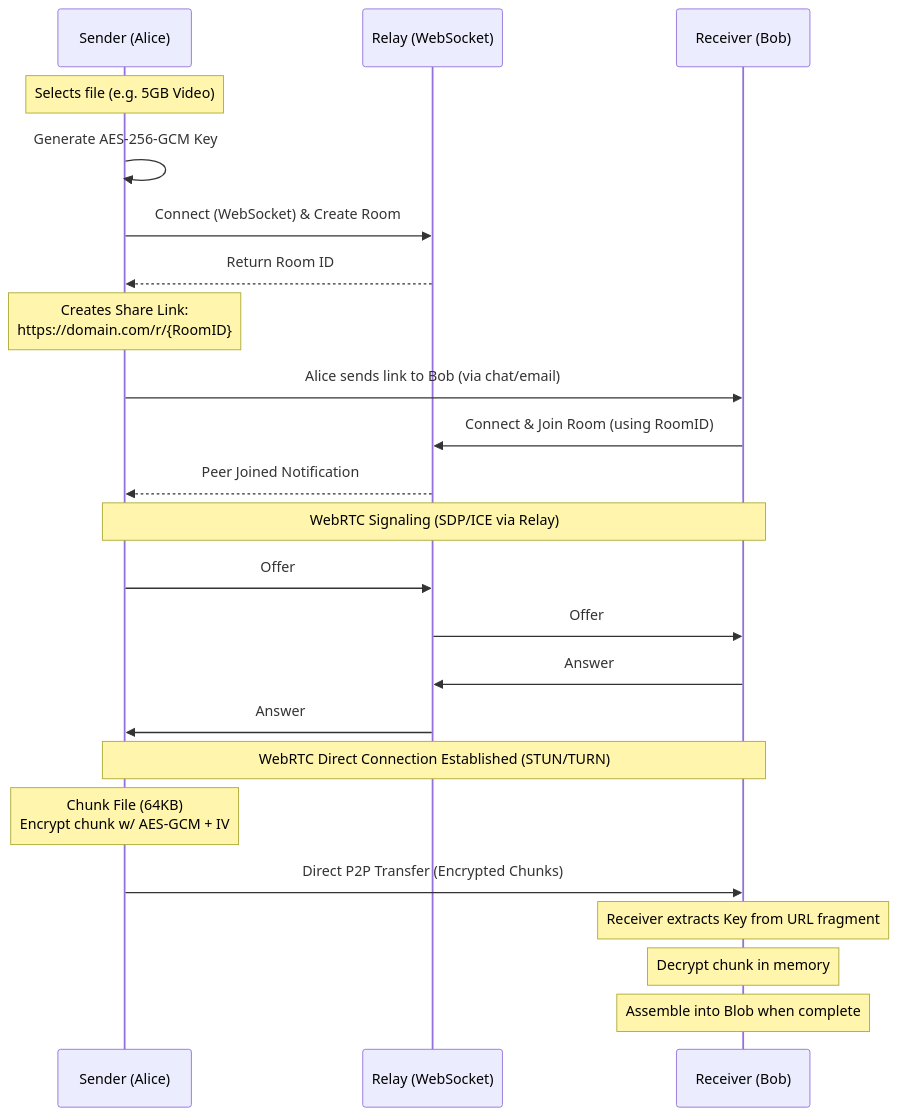
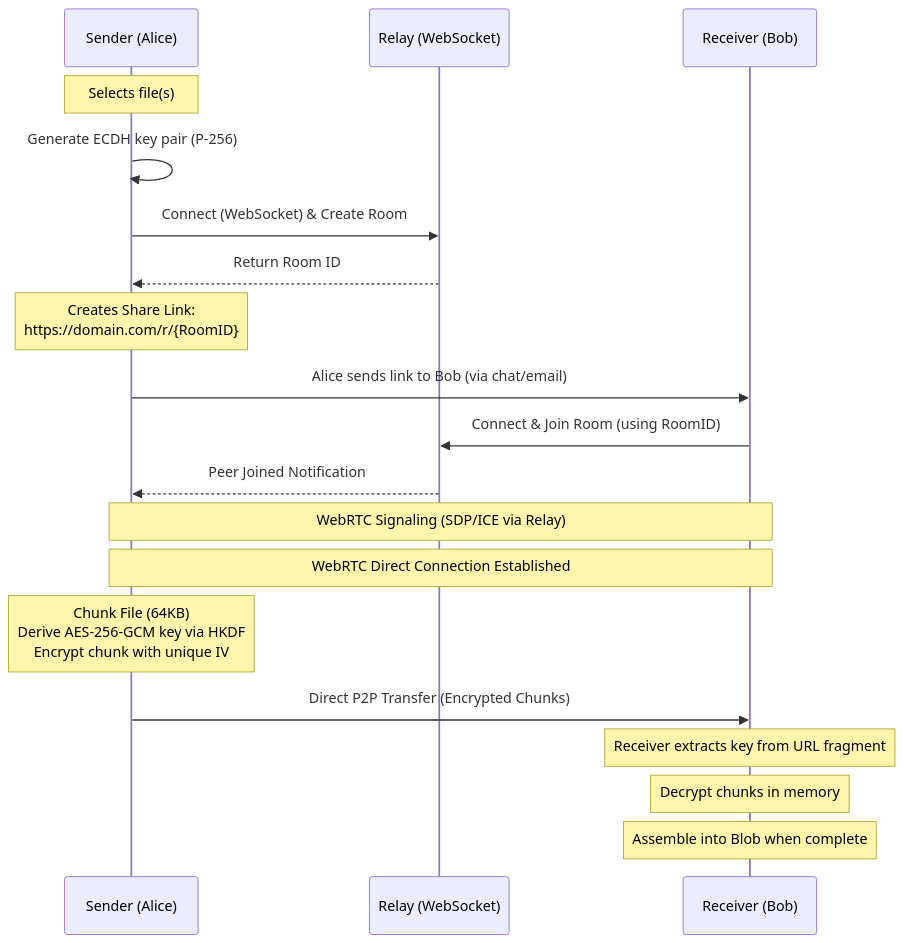
One commit to itsoumya-d/peervault changed the diagram in README.md. Above: the diagram before and after it, drawn with Mermaid. The commit also changed other lines of this file, not shown here.

Commit message:
docs: fix badges, correct PQ crypto (ECDH not ML-KEM), NAT limitations, remove fake npm install

````diff
--- a/README.md
+++ b/README.md
@@ -43,32 +68,26 @@
 ```mermaid
 sequenceDiagram
     participant S as Sender (Alice)
     participant R as Relay (WebSocket)
     participant C as Receiver (Bob)
-    
-    Note over S: Selects file (e.g. 5GB Video)
-    S->>S: Generate AES-256-GCM Key
+
+    Note over S: Selects file(s)
+    S->>S: Generate ECDH key pair (P-256)
     S->>R: Connect (WebSocket) & Create Room
     R-->>S: Return Room ID
-    Note over S: Creates Share Link:<br/>https://domain.com/r/{RoomID}#{Key}
-    
+    Note over S: Creates Share Link:<br/>https://domain.com/r/{RoomID}#{ECDHKey}
+
     S->>C: Alice sends link to Bob (via chat/email)
-    
     C->>R: Connect & Join Room (using RoomID)
     R-->>S: Peer Joined Notification
-    
+
     Note over S,C: WebRTC Signaling (SDP/ICE via Relay)
-    S->>R: Offer
-    R->>C: Offer
-    C->>R: Answer
-    R->>S: Answer
-    
-    Note over S,C: WebRTC Direct Connection Established (STUN/TURN)
-    
-    Note over S: Chunk File (64KB)<br/>Encrypt chunk w/ AES-GCM + IV
+    Note over S,C: WebRTC Direct Connection Established
+
+    Note over S: Chunk File (64KB)<br/>Derive AES-256-GCM key via HKDF<br/>Encrypt chunk with unique IV
     S->>C: Direct P2P Transfer (Encrypted Chunks)
-    
-    Note over C: Receiver extracts Key from URL fragment
-    Note over C: Decrypt chunk in memory
+
+    Note over C: Receiver extracts key from URL fragment
+    Note over C: Decrypt chunks in memory
     Note over C: Assemble into Blob when complete
 ```
````
